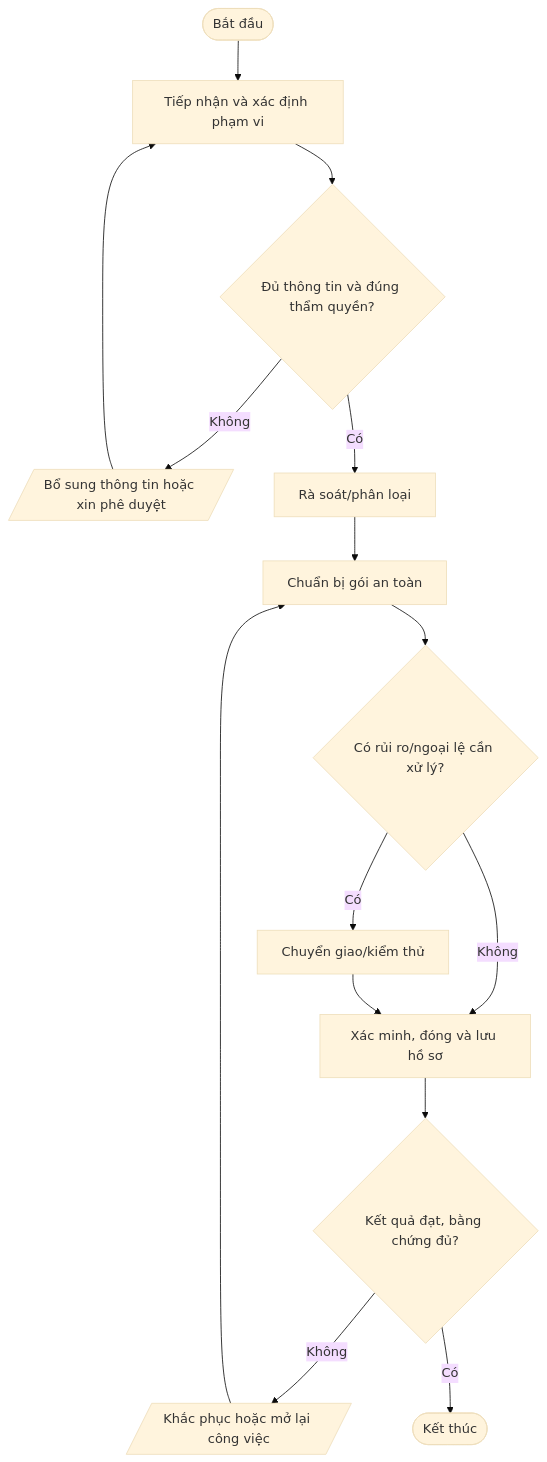
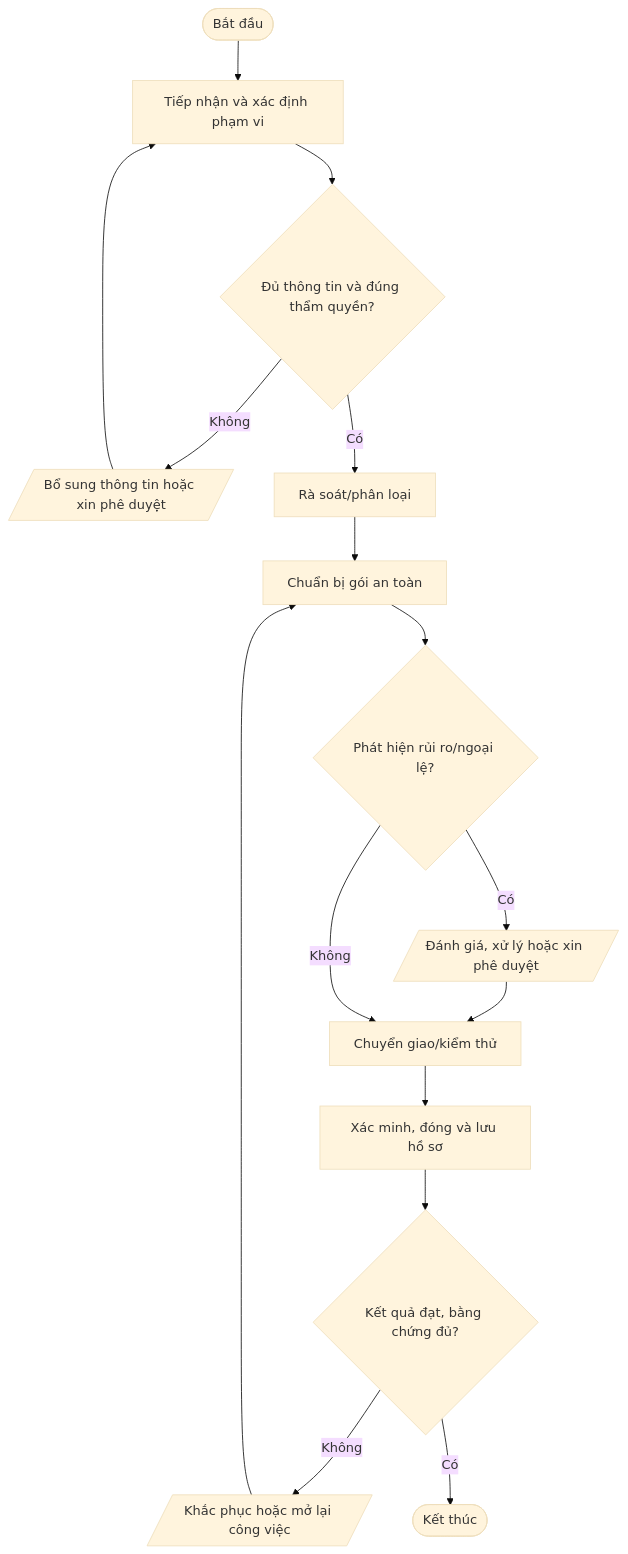
One commit to daoaigiangnam/Quy_Trinh_Chuan changed the second of 4 diagrams in quy-trinh/06-Ket-thuc-hop-dong/README.md. Above: the diagram before and after it, drawn with Mermaid (base theme). The commit also changed other lines of this file, not shown here.

Commit message:
docs: correct procedure flowchart decision paths

````diff
--- a/quy-trinh/06-Ket-thuc-hop-dong/README.md
+++ b/quy-trinh/06-Ket-thuc-hop-dong/README.md
@@ -138,17 +139,18 @@
 ```mermaid
 flowchart TD
   A([Bắt đầu]) --> S1["Tiếp nhận và xác định phạm vi"]
   S1 --> D1{"Đủ thông tin và đúng thẩm quyền?"}
   D1 -- Không --> F1[/"Bổ sung thông tin hoặc xin phê duyệt"/]
   F1 --> S1
   D1 -- Có --> S2["Rà soát/phân loại"]
   S2 --> S3["Chuẩn bị gói an toàn"]
-  S3 --> D2{"Có rủi ro/ngoại lệ cần xử lý?"}
-  D2 -- Có --> S4["Chuyển giao/kiểm thử"]
-  D2 -- Không --> S5["Xác minh, đóng và lưu hồ sơ"]
-  S4 --> S5
+  S3 --> D2{"Phát hiện rủi ro/ngoại lệ?"}
+  D2 -- Có --> RISK[/"Đánh giá, xử lý hoặc xin phê duyệt"/]
+  RISK --> S4["Chuyển giao/kiểm thử"]
+  D2 -- Không --> S4
+  S4 --> S5["Xác minh, đóng và lưu hồ sơ"]
   S5 --> D3{"Kết quả đạt, bằng chứng đủ?"}
   D3 -- Không --> R[/"Khắc phục hoặc mở lại công việc"/]
   R --> S3
   D3 -- Có --> Z([Kết thúc])
 ```
````
